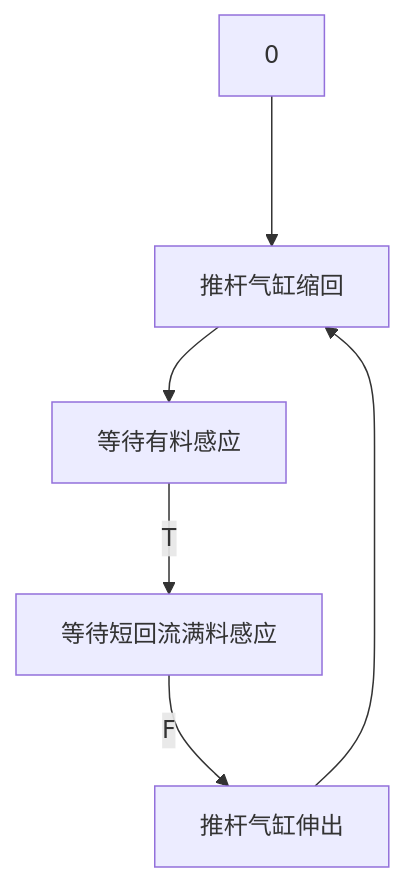
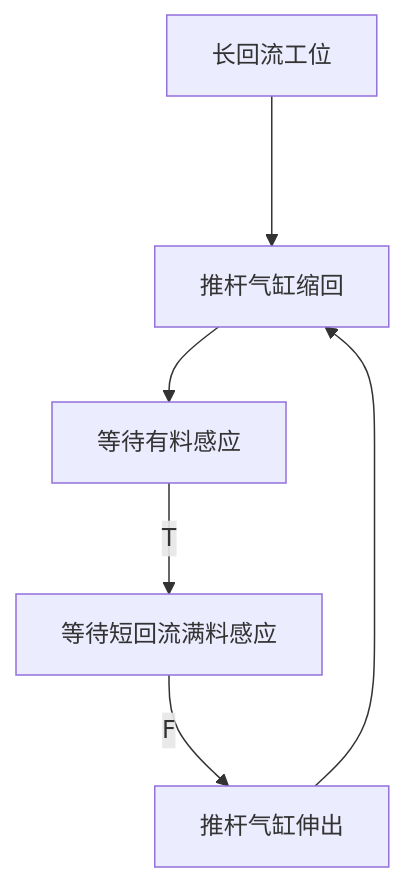
One commit to zmq000/iodraw-files changed the diagram in all/未命名.md. Above: the diagram before and after it, drawn with Mermaid.

Commit message:
2026-06-17 20:54:25 update

````diff
--- a/all/未命名.md
+++ b/all/未命名.md
@@ -1,8 +1,8 @@
 ```mermaid
 graph TD
-0--->10
+0[长回流工位]--->10
 10[推杆气缸缩回]-->20
 20[等待有料感应]-->|T|30
 30[等待短回流满料感应]-->|F|40
 40[推杆气缸伸出]-->10
 ```
````
